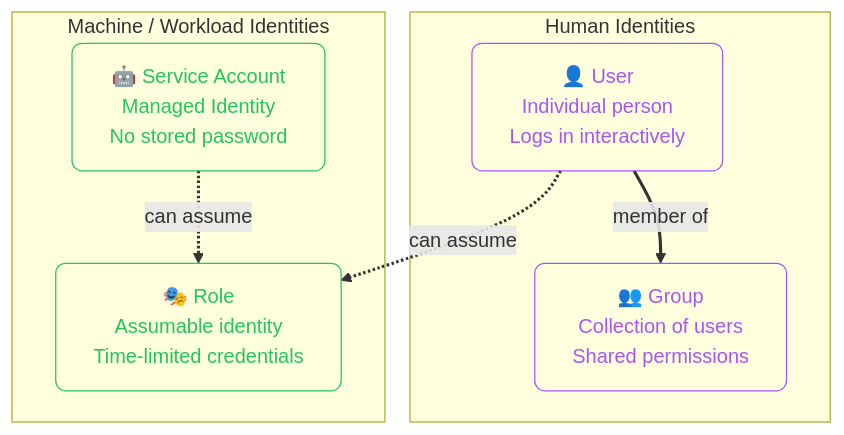
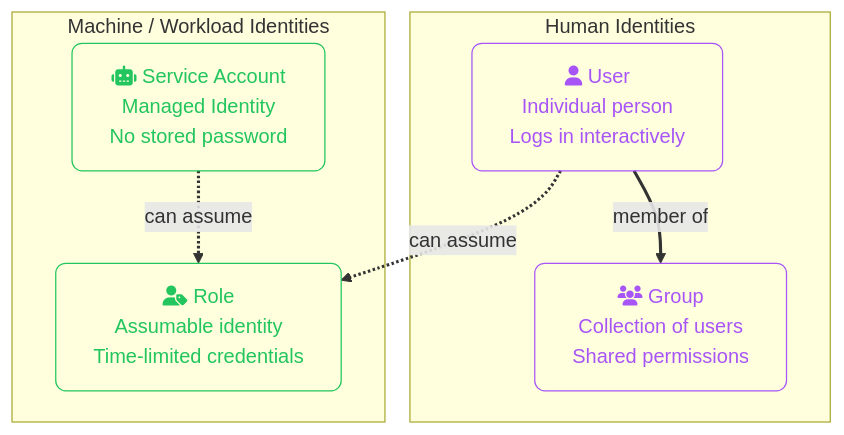
Before and after one commit to zafarale/cloudification: the second of 6 diagrams in src/content/cloud/common/iam-concepts.mdx, drawn with Mermaid. The commit also changed other lines of this file and 84 other files, not shown here.

````diff
--- a/src/content/cloud/common/iam-concepts.mdx
+++ b/src/content/cloud/common/iam-concepts.mdx
@@ -62,20 +61,22 @@
 ```mermaid
 flowchart TD
+    accTitle: Identity Types
+    accDescr: Flowchart (td) showing Human Identities, User Individual person Logs in interactively, Group Collection of users Shared permissions
     classDef step    fill:none,stroke:#a855f7,color:#a855f7,rx:8,ry:8
     classDef machine fill:none,stroke:#22c55e,color:#22c55e,rx:8,ry:8
     linkStyle default stroke-width:2.5px
 
     subgraph Human["Human Identities"]
-        User["👤 User<br/>Individual person<br/>Logs in interactively"]:::step
-        Group["👥 Group<br/>Collection of users<br/>Shared permissions"]:::step
+        User["fa:fa-user User<br/>Individual person<br/>Logs in interactively"]:::step
+        Group["fa:fa-users Group<br/>Collection of users<br/>Shared permissions"]:::step
     end
 
     subgraph Machine["Machine / Workload Identities"]
-        SA["🤖 Service Account<br/>Managed Identity<br/>No stored password"]:::machine
-        Role["🎭 Role<br/>Assumable identity<br/>Time-limited credentials"]:::machine
+        SA["fa:fa-robot Service Account<br/>Managed Identity<br/>No stored password"]:::machine
+        Role["fa:fa-user-tag Role<br/>Assumable identity<br/>Time-limited credentials"]:::machine
     end
 
     User -->|"member of"| Group
     SA -.->|"can assume"| Role
     User -.->|"can assume"| Role
 ```
````
